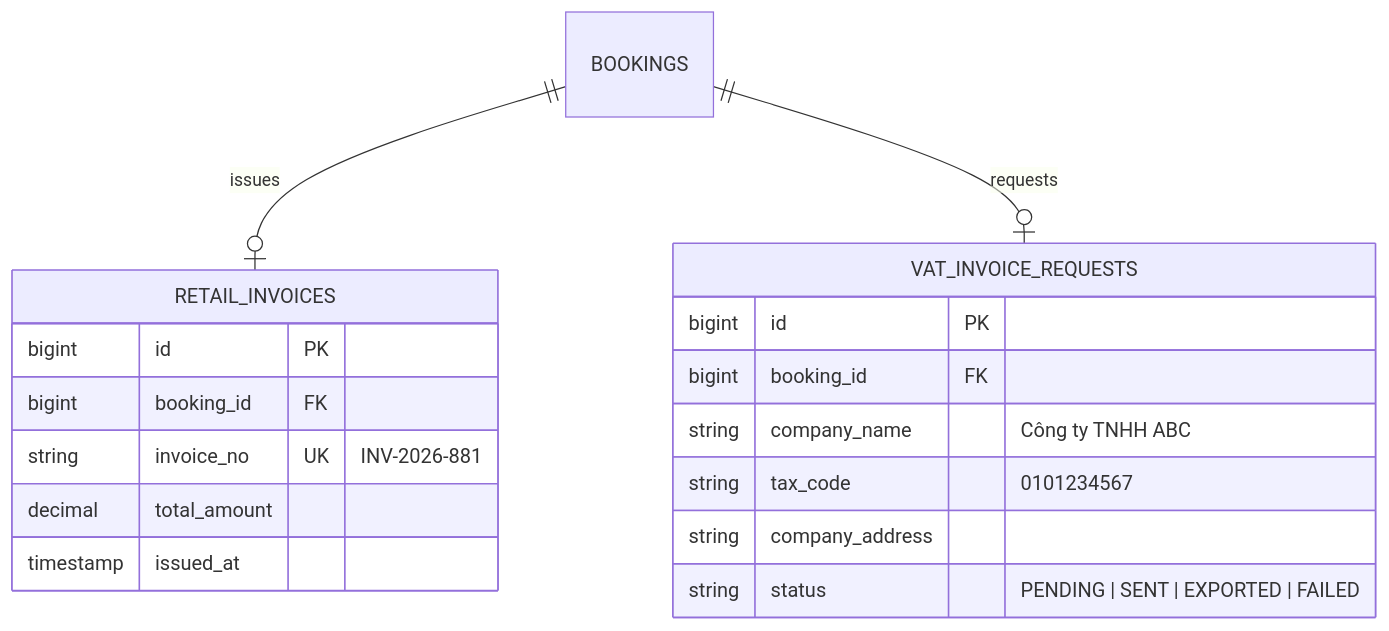
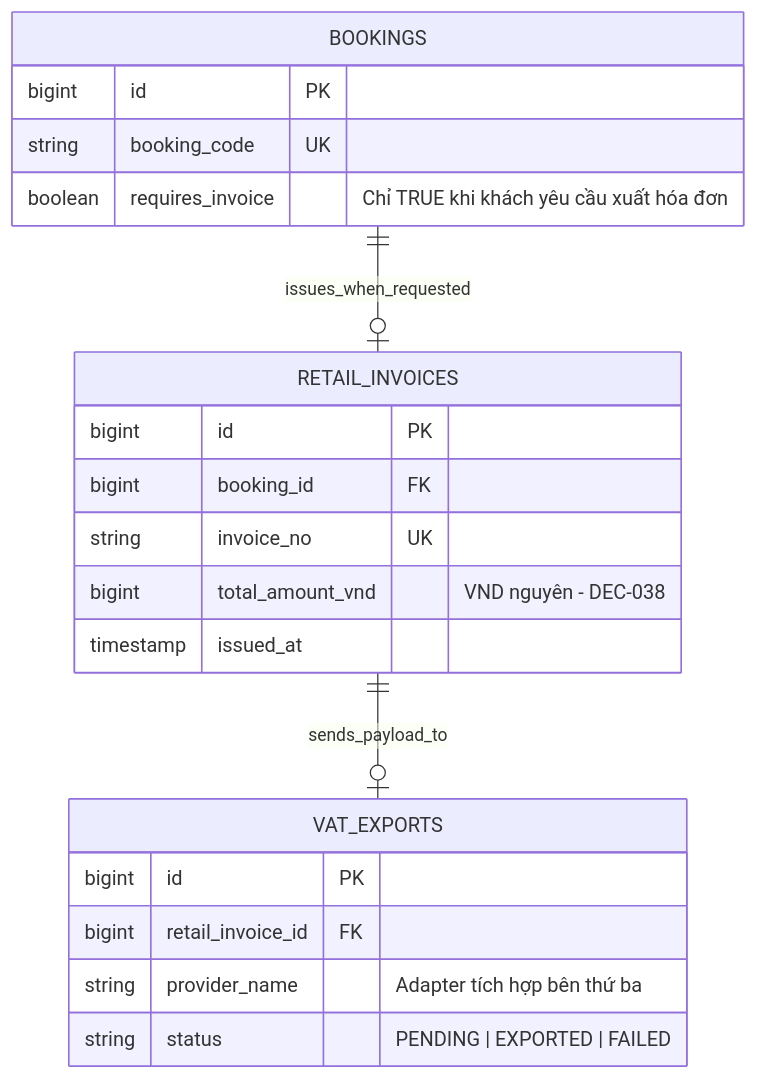
One commit to tomone2kd000-ux/superdong-booking-system changed the diagram in content/docs/chuong-04-thanh-toan-ve-dien-tu-va-qr-checkin/04-xuat-hoa-don-ban-le-va-data-vat.mdx. Above: the diagram before and after it, drawn with Mermaid. The commit also changed other lines of this file and 10 other files, not shown here.

Commit message:
docs: align Porto Action/Task rules, Logical ERD entities, Spatie Global RBAC, 9 Figma screens, and candidate proposals

````diff
--- a/content/docs/chuong-04-thanh-toan-ve-dien-tu-va-qr-checkin/04-xuat-hoa-don-ban-le-va-data-vat.mdx
+++ b/content/docs/chuong-04-thanh-toan-ve-dien-tu-va-qr-checkin/04-xuat-hoa-don-ban-le-va-data-vat.mdx
@@ -30,22 +32,26 @@
 ```mermaid
 erDiagram
-    BOOKINGS ||--o| RETAIL_INVOICES : issues
-    BOOKINGS ||--o| VAT_INVOICE_REQUESTS : requests
+    BOOKINGS ||--o| RETAIL_INVOICES : issues_when_requested
+    RETAIL_INVOICES ||--o| VAT_EXPORTS : sends_payload_to
+
+    BOOKINGS {
+        bigint id PK
+        string booking_code UK
+        boolean requires_invoice "Chỉ TRUE khi khách yêu cầu xuất hóa đơn"
+    }
 
     RETAIL_INVOICES {
         bigint id PK
         bigint booking_id FK
-        string invoice_no UK "INV-2026-881"
-        decimal total_amount
+        string invoice_no UK
+        bigint total_amount_vnd "VND nguyên - DEC-038"
         timestamp issued_at
     }
 
-    VAT_INVOICE_REQUESTS {
+    VAT_EXPORTS {
         bigint id PK
-        bigint booking_id FK
-        string company_name "Công ty TNHH ABC"
-        string tax_code "0101234567"
-        string company_address
-        string status "PENDING | SENT | EXPORTED | FAILED"
+        bigint retail_invoice_id FK
+        string provider_name "Adapter tích hợp bên thứ ba"
+        string status "PENDING | EXPORTED | FAILED"
     }
 ```
````
